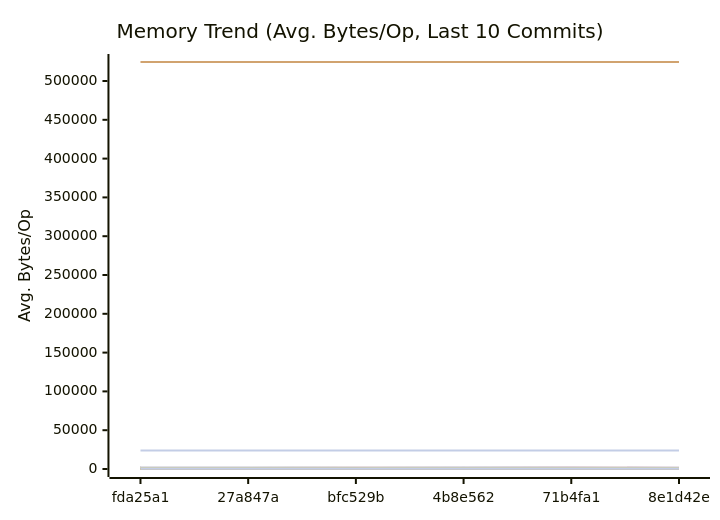
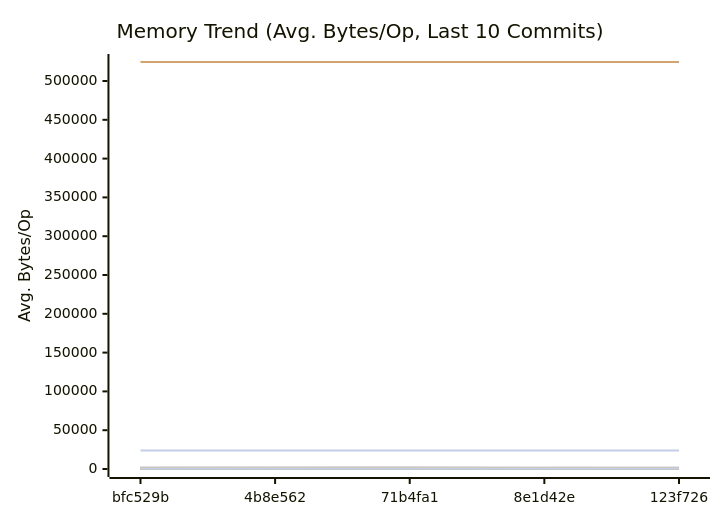
One commit to alsotoes/momo changed the second of 3 diagrams in docs/PERFORMANCE.md. Above: the diagram before and after it, drawn with Mermaid. The commit also changed other lines of this file and 1 other file, not shown here.

````diff
--- a/docs/PERFORMANCE.md
+++ b/docs/PERFORMANCE.md
@@ -310,44 +310,44 @@
 ```mermaid
 xychart-beta
     title "Memory Trend (Avg. Bytes/Op, Last 10 Commits)"
     x-axis "Commit"
     y-axis "Avg. Bytes/Op"
-    x-axis [fda25a1,27a847a,bfc529b,4b8e562,71b4fa1,8e1d42e]
-    line "AWSChunkedReaderSigned" [130,133,92,114,90,112,123,120,108,126]
-    line "AWSChunkedReaderUnsigned" [145,120,96,115,92,106,128,114,131,113]
+    x-axis [bfc529b,4b8e562,71b4fa1,8e1d42e,123f726]
+    line "AWSChunkedReaderSigned" [92,114,90,112,123,120,108,126,118,88]
+    line "AWSChunkedReaderUnsigned" [96,115,92,106,128,114,131,113,112,99]
     line "CheckMetricsAndSwap" [0,0,0,0,0,0,0,0,0,0]
     line "CrushOptimized" [0,0,0,0,0,0,0,0,0,0]
     line "CrushOriginal" [164,164,164,164,164,164,164,164,164,164]
-    line "FormatListObjectsV2XML_AppendFormat" [524448,524456,524497,524459,524497,524456,524462,524471,524446,524472]
+    line "FormatListObjectsV2XML_AppendFormat" [524497,524459,524497,524456,524462,524471,524446,524472,524454,524455]
     line "FormatListObjectsV2XML_OldFormat" [24000,24000,24000,24000,24000,24000,24000,24000,24000,24000]
-    line "HashBytes/1MiB" [295,219,262,228,187,211,243,290,192,235]
-    line "HashBytes/256MiB" [336,241,209,197,179,222,256,223,299,222]
-    line "HashBytes/64MiB" [298,224,218,199,187,197,314,223,223,195]
-    line "HashFile/1MiB" [265,268,193,211,183,208,265,220,288,221]
-    line "HashFile/256MiB" [254,213,186,204,182,225,228,267,242,219]
-    line "HashFile/64MiB" [307,208,189,169,196,188,233,279,243,223]
+    line "HashBytes/1MiB" [262,228,187,211,243,290,192,235,210,295]
+    line "HashBytes/256MiB" [209,197,179,222,256,223,299,222,227,257]
+    line "HashBytes/64MiB" [218,199,187,197,314,223,223,195,242,298]
+    line "HashFile/1MiB" [193,211,183,208,265,220,288,221,243,239]
+    line "HashFile/256MiB" [186,204,182,225,228,267,242,219,218,259]
+    line "HashFile/64MiB" [189,169,196,188,233,279,243,223,234,270]
     line "IndexDirectTracking" [0,0,0,0,0,0,0,0,0,0]
     line "IndexSearch" [0,0,0,0,0,0,0,0,0,0]
     line "LastModifiedHeader_AppendFormat" [0,0,0,0,0,0,0,0,0,0]
-    line "LastModifiedHeader_Format" [0,0,0,32,32,32,32,32,32,32]
+    line "LastModifiedHeader_Format" [0,32,32,32,32,32,32,32,32,32]
     line "LoadGlobalConfig" [1976,1976,1976,1976,1976,1976,1976,1976,1976,1976]
-    line "LocalWrite/1MiB" [2210,2188,1670,2035,1605,1690,1878,2000,2141,1920]
-    line "LocalWrite/256MiB" [2273,2129,1901,2016,1569,1965,2213,2198,2074,2231]
-    line "LocalWrite/64MiB" [2009,2055,1696,1940,1626,1869,1996,2347,2291,2205]
+    line "LocalWrite/1MiB" [1670,2035,1605,1690,1878,2000,2141,1920,2442,1282]
+    line "LocalWrite/256MiB" [1901,2016,1569,1965,2213,2198,2074,2231,2163,1698]
+    line "LocalWrite/64MiB" [1696,1940,1626,1869,1996,2347,2291,2205,2167,1927]
     line "PadString" [64,64,64,64,64,64,64,64,64,64]
     line "ParseReplicationOrder_NoPrealloc" [408,408,408,408,408,248,248,248,248,248]
     line "ParseReplicationOrder_Prealloc" [240,240,240,240,240,80,80,80,80,80]
     line "Placement" [352,352,352,352,352,352,352,352,352,352]
     line "PlacementDomainSpread" [352,352,352,352,352,352,352,352,352,352]
-    line "ReadVerify/1MiB" [270,281,180,264,197,219,269,310,206,206]
-    line "ReadVerify/256MiB" [254,263,189,215,198,201,243,229,259,238]
-    line "ReadVerify/64MiB" [274,236,196,211,199,193,258,279,238,217]
-    line "S3PutSpool/1MiB" [176,177,159,188,171,198,188,188,261,207]
-    line "S3PutSpool/256MiB" [193,232,187,250,173,207,211,206,216,178]
-    line "S3PutSpool/64MiB" [182,189,172,246,185,193,227,211,189,243]
+    line "ReadVerify/1MiB" [180,264,197,219,269,310,206,206,214,172]
+    line "ReadVerify/256MiB" [189,215,198,201,243,229,259,238,281,190]
+    line "ReadVerify/64MiB" [196,211,199,193,258,279,238,217,213,200]
+    line "S3PutSpool/1MiB" [159,188,171,198,188,188,261,207,221,160]
+    line "S3PutSpool/256MiB" [187,250,173,207,211,206,216,178,219,235]
+    line "S3PutSpool/64MiB" [172,246,185,193,227,211,189,243,247,177]
     line "SanitizeLog/Safe" [0,0,0,0,0,0,0,0,0,0]
     line "SanitizeLog/Unsafe" [704,704,704,704,704,704,704,704,704,704]
-    line "TrustedRead/1MiB" [219,242,197,199,189,186,225,283,294,223]
-    line "TrustedRead/256MiB" [188,196,208,241,183,260,229,250,288,250]
-    line "TrustedRead/64MiB" [185,257,219,231,178,227,239,258,271,256]
+    line "TrustedRead/1MiB" [197,199,189,186,225,283,294,223,233,286]
+    line "TrustedRead/256MiB" [208,241,183,260,229,250,288,250,265,163]
+    line "TrustedRead/64MiB" [219,231,178,227,239,258,271,256,267,198]
 ```
````
